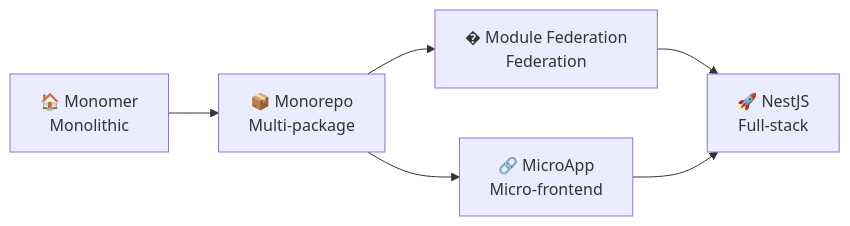
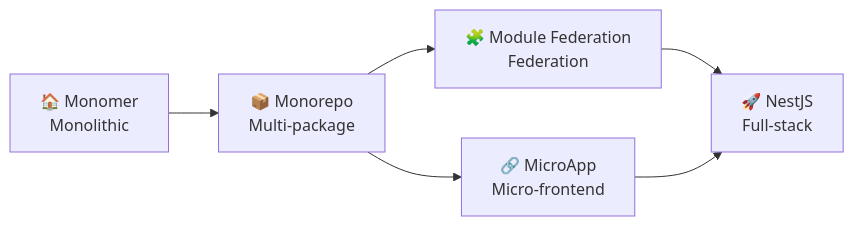
Before and after one commit to ChenyCHENYU/Robot_Admin: the diagram in README_EN.md, drawn with Mermaid. The commit also changed other lines of this file and 83 other files, not shown here.

````diff
--- a/README_EN.md
+++ b/README_EN.md
@@ -466,8 +474,8 @@
 ```mermaid
 graph LR
     A[🏠 Monomer<br/>Monolithic] --> B[📦 Monorepo<br/>Multi-package]
-    B --> C[� Module Federation<br/>Federation]
+    B --> C[🧩 Module Federation<br/>Federation]
     B --> D[🔗 MicroApp<br/>Micro-frontend]
     C --> E[🚀 NestJS<br/>Full-stack]
     D --> E
 ```
````
